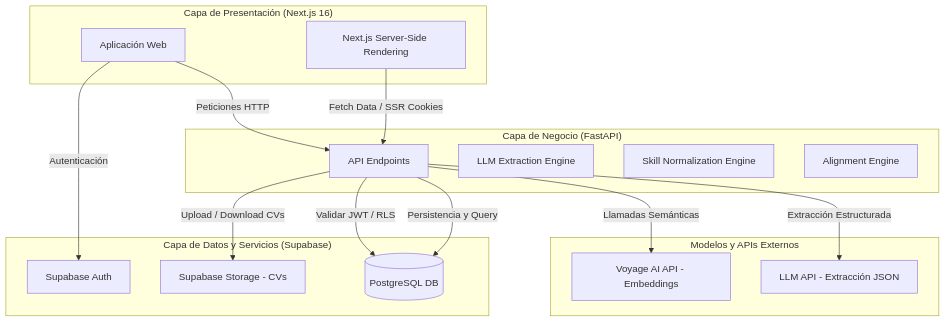
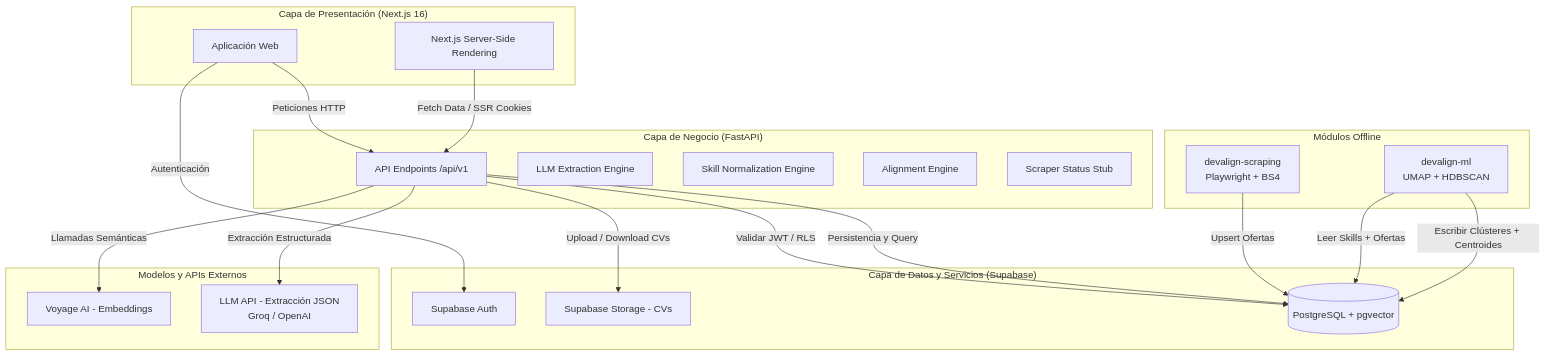
Before and after one commit to devalign/devalign-docs: the first of 3 diagrams in ARCHITECTURE.md, drawn with Mermaid. The commit also changed other lines of this file and 8 other files, not shown here.

Commit message:
docs: update architecture documentation to reflect modular offline scraping, multi-phase CV processing, and hybrid LLM strategies

````diff
--- a/ARCHITECTURE.md
+++ b/ARCHITECTURE.md
@@ -9,35 +9,43 @@
 ```mermaid
 graph TD
     subgraph Cliente ["Capa de Presentación (Next.js 16)"]
         Web[Aplicación Web]
         SSR[Next.js Server-Side Rendering]
     end
 
     subgraph Backend ["Capa de Negocio (FastAPI)"]
-        API[API Endpoints]
+        API[API Endpoints /api/v1]
         Extractor[LLM Extraction Engine]
         Normalizer[Skill Normalization Engine]
         Aligner[Alignment Engine]
+        ScraperAPI[Scraper Status Stub]
+    end
+
+    subgraph ML_Offline ["Módulos Offline"]
+        Scraper[devalign-scraping<br>Playwright + BS4]
+        ClusterPipe[devalign-ml<br>UMAP + HDBSCAN]
     end
 
     subgraph Infraestructura ["Capa de Datos y Servicios (Supabase)"]
         Auth[Supabase Auth]
         Storage[Supabase Storage - CVs]
-        DB[(PostgreSQL DB)]
+        DB[(PostgreSQL + pgvector)]
     end
 
     subgraph ML_External ["Modelos y APIs Externos"]
-        Voyage[Voyage AI API - Embeddings]
-        LLM[LLM API - Extracción JSON]
+        Voyage[Voyage AI - Embeddings]
+        LLM[LLM API - Extracción JSON<br>Groq / OpenAI]
     end
 
-    %% Flujos de interacción
     Web -->|Autenticación| Auth
     Web -->|Peticiones HTTP| API
     SSR -->|Fetch Data / SSR Cookies| API
     API -->|Validar JWT / RLS| DB
     API -->|Upload / Download CVs| Storage
     API -->|Llamadas Semánticas| Voyage
     API -->|Extracción Estructurada| LLM
     API -->|Persistencia y Query| DB
+    Scraper -->|Upsert Ofertas| DB
+    ClusterPipe -->|Leer Skills + Ofertas| DB
+    ClusterPipe -->|Escribir Clústeres + Centroides| DB
 ```
````
